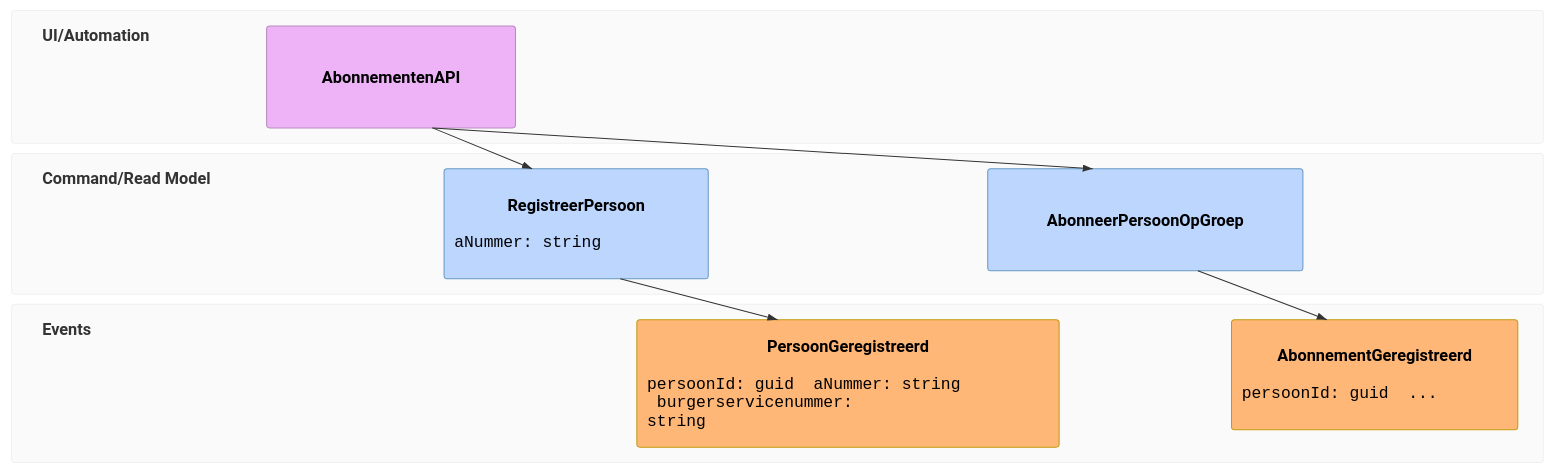
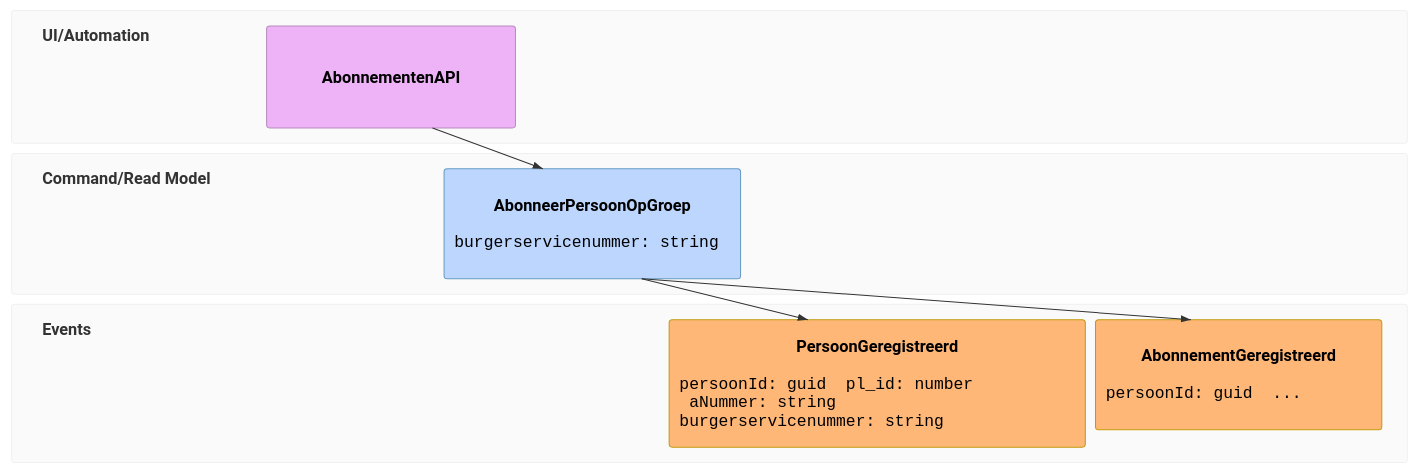
Before and after one commit to BRP-API/brp-api-gebeurtenissen: the third of 3 diagrams in docs/adr/006-persoonsidentificatie-in-gebeurtenissen.md, drawn with Mermaid. The commit also changed other lines of this file, not shown here.

Commit message:
refactor(adr): herstructureren van persoonsidentificatie en verduidelijken van de rol van a-nummer en burgerservicenummer in gebeurtenissen

````diff
--- a/docs/adr/006-persoonsidentificatie-in-gebeurtenissen.md
+++ b/docs/adr/006-persoonsidentificatie-in-gebeurtenissen.md
@@ -115,25 +103,26 @@
 ```mermaid
 eventmodeling
 tf 01 pcr AbonnementenAPI
-tf 02 cmd RegistreerPersoon [[RegistreerPersoonData]]
+tf 02 cmd AbonneerPersoonOpGroep [[AbonneerPersoonOpGroepData]]
 tf 03 evt PersoonGeregistreerd [[PersoonGeregistreerdData]]
-tf 04 cmd AbonneerPersoonOpGroep ->> 01
-tf 05 evt AbonnementGeregistreerd [[AbonnementGeregistreerdData]]
+tf 04 evt AbonnementGeregistreerd [[AbonnementGeregistreerdData]]
 
-data RegistreerPersoonData
+data AbonneerPersoonOpGroepData
 {
-    aNummer: string
+    burgerservicenummer: string
 }
 
 data PersoonGeregistreerdData
 {
     persoonId: guid
+    pl_id: number
     aNummer: string
     burgerservicenummer: string
 }
+
 data AbonnementGeregistreerdData
 {
     persoonId: guid
     ...
 }
 ```
````
